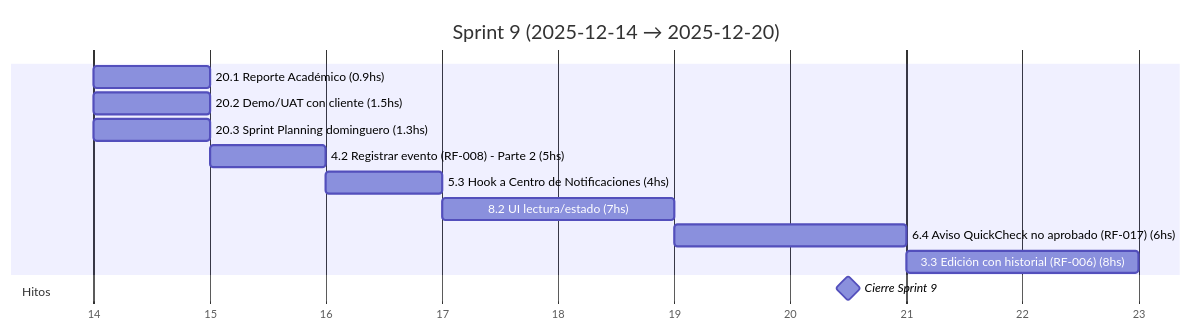
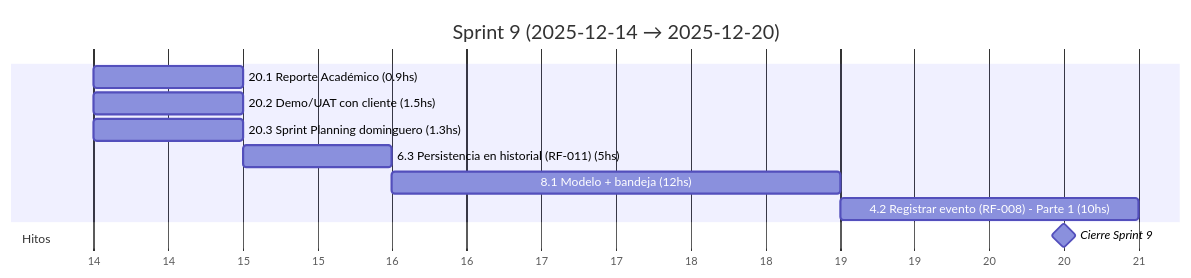
Before and after one commit to MarkMed/FleetMan: the tenth of 19 diagrams in docs/SprintsGantts.md, drawn with Mermaid. The commit also changed other lines of this file and 1 other file, not shown here.

````diff
--- a/docs/SprintsGantts.md
+++ b/docs/SprintsGantts.md
@@ -250,20 +250,18 @@
 ```mermaid
 gantt
   title Sprint 9 (2025-12-14 → 2025-12-20)
   dateFormat  YYYY-MM-DD
   axisFormat  %d
 
   %% Asumimos 5 h/día. Horas estimadas incluidas en el nombre.
 
   20.1 Reporte Académico (0.9hs)               :t201, 2025-12-14, 1d
   20.2 Demo/UAT con cliente (1.5hs)            :t202, 2025-12-14, 1d
   20.3 Sprint Planning dominguero (1.3hs)      :t203, 2025-12-14, 1d
-  4.2 Registrar evento (RF-008) - Parte 2 (5hs) :t422, after t203, 1d
-  5.3 Hook a Centro de Notificaciones (4hs)    :t53, after t422, 1d
-  8.2 UI lectura/estado (7hs)                  :t82, after t53, 2d
-  6.4 Aviso QuickCheck no aprobado (RF-017) (6hs) :t64, after t82, 2d
-  3.3 Edición con historial (RF-006) (8hs)     :t33, after t64, 2d
+  6.3 Persistencia en historial (RF-011) (5hs) :t63, after t203, 1d
+  8.1 Modelo + bandeja (12hs)                  :t81, after t63, 3d
+  4.2 Registrar evento (RF-008) - Parte 1 (10hs) :t421, after t81, 2d
 
   section Hitos
   Cierre Sprint 9                              :milestone, s9, 2025-12-20, 1d
 ```
````
